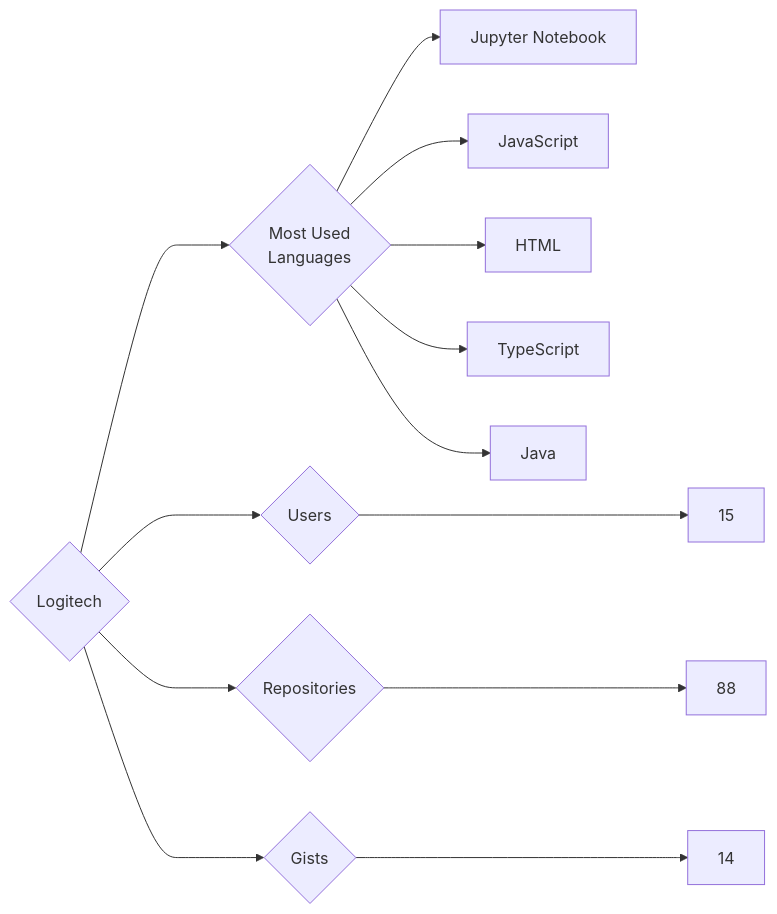
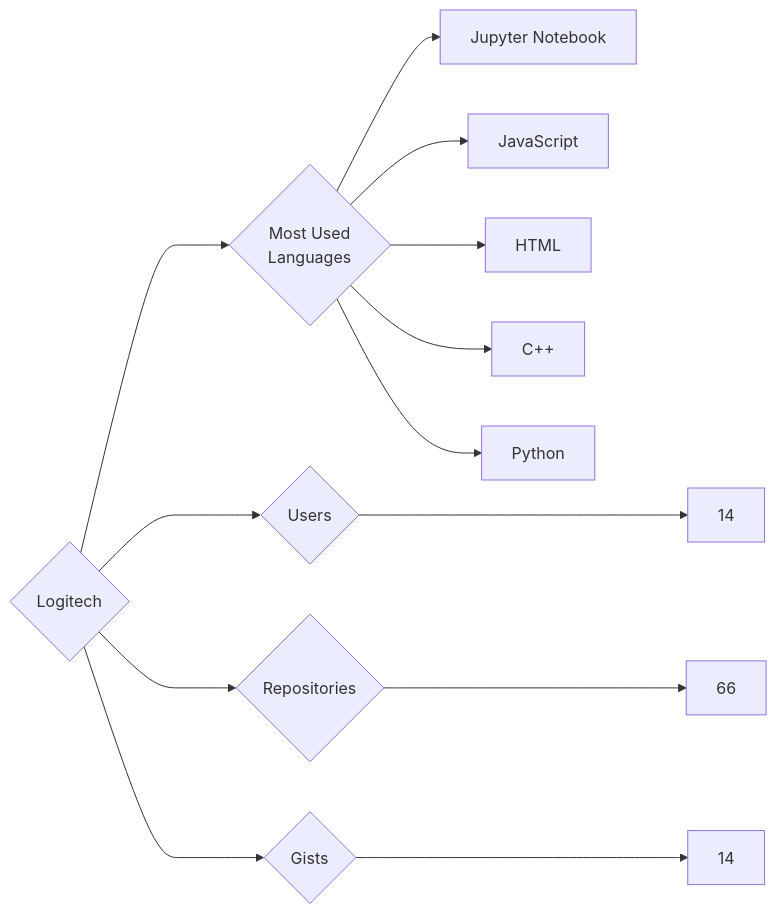
One commit to trickest/insiders changed the diagram in targets/Logitech/README.md. Above: the diagram before and after it, drawn with Mermaid. The commit also changed 965 other files, not shown here.

````diff
--- a/targets/Logitech/README.md
+++ b/targets/Logitech/README.md
@@ -3,13 +3,13 @@
 ```mermaid
 graph LR
 COMPANY_NAME{Logitech}
-COMPANY_NAME ---> U{Users} ---> UN[15]
-COMPANY_NAME ---> R{Repositories} ---> RN[88]
+COMPANY_NAME ---> U{Users} ---> UN[14]
+COMPANY_NAME ---> R{Repositories} ---> RN[66]
 COMPANY_NAME ---> G{Gists} ---> GN[14]
 COMPANY_NAME ---> ML{Most Used<br>Languages}
 ML --> Jupyter_Notebook[Jupyter Notebook]
 ML --> JavaScript[JavaScript]
 ML --> HTML[HTML]
-ML --> TypeScript[TypeScript]
-ML --> Java[Java]
+ML --> C++[C++]
+ML --> Python[Python]
 ```
````
